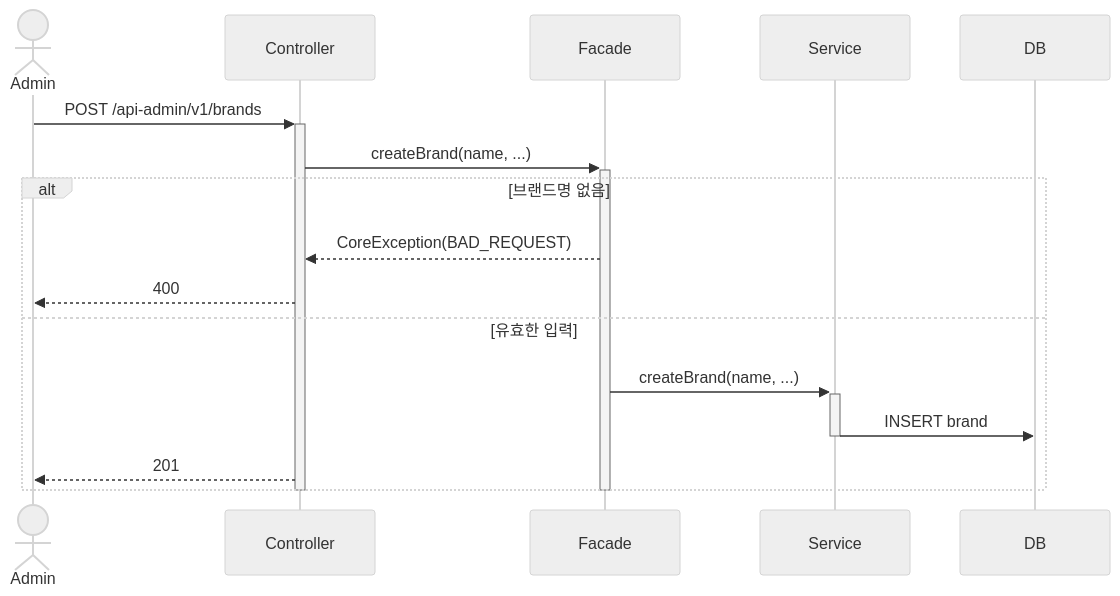
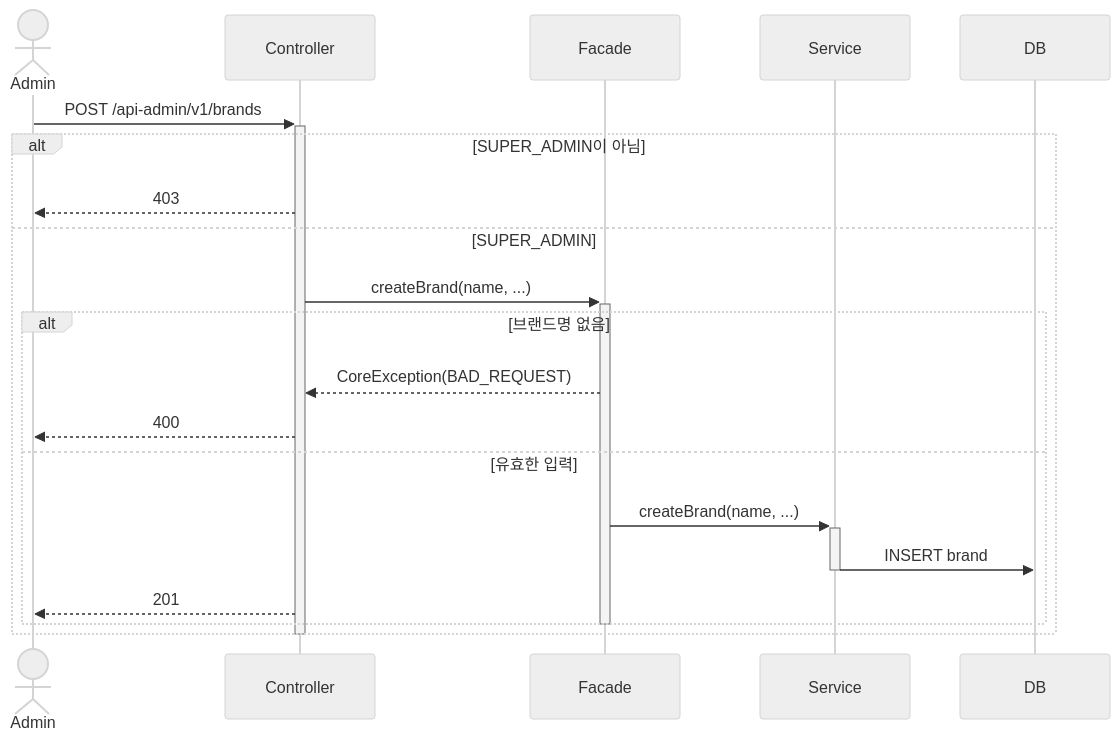
The tenth of 21 diagrams in .docs/design/02-sequence-diagrams.md (loopers-labs/loop-pack-be-l2-vol4-java), drawn with Mermaid (neutral theme) before and after one commit. The commit also changed other lines of this file and 3 other files, not shown here.

````diff
--- a/.docs/design/02-sequence-diagrams.md
+++ b/.docs/design/02-sequence-diagrams.md
@@ -303,23 +303,28 @@
 ```mermaid
 sequenceDiagram
     actor Admin
     participant Controller
     participant Facade
     participant Service
     participant DB
 
     Admin->>+Controller: POST /api-admin/v1/brands
-    Controller->>+Facade: createBrand(name, ...)
 
-    alt 브랜드명 없음
-        Facade-->>Controller: CoreException(BAD_REQUEST)
-        Controller-->>Admin: 400
-    else 유효한 입력
-        Facade->>+Service: createBrand(name, ...)
-        Service->>DB: INSERT brand
-        deactivate Service
-        Controller-->>Admin: 201
+    alt SUPER_ADMIN이 아님
+        Controller-->>Admin: 403
+    else SUPER_ADMIN
+        Controller->>+Facade: createBrand(name, ...)
+
+        alt 브랜드명 없음
+            Facade-->>Controller: CoreException(BAD_REQUEST)
+            Controller-->>Admin: 400
+        else 유효한 입력
+            Facade->>+Service: createBrand(name, ...)
+            Service->>DB: INSERT brand
+            deactivate Service
+            Controller-->>Admin: 201
+        end
+        deactivate Facade
     end
-    deactivate Facade
     deactivate Controller
 ```
````
